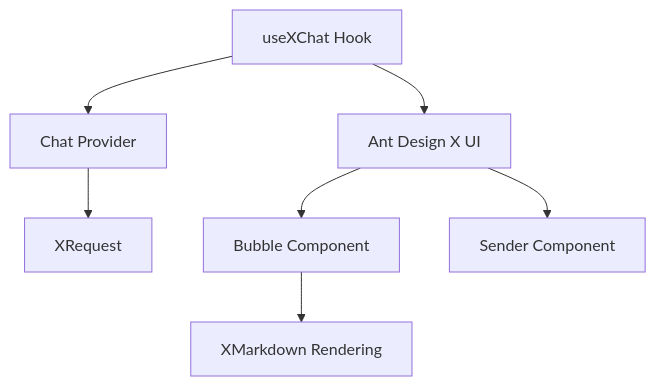
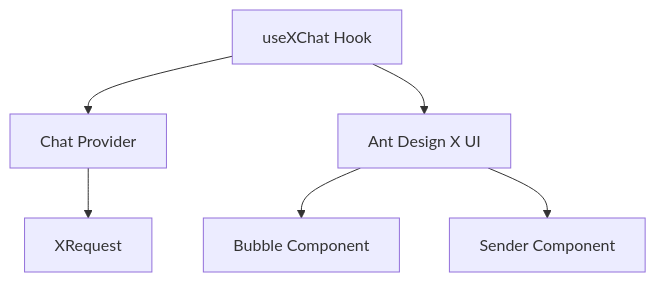
One commit to ant-design/x changed the diagram in packages/x-skill/skills/use-x-chat/SKILL.md. Above: the diagram before and after it, drawn with Mermaid. The commit also changed other lines of this file and 5 other files, not shown here.

````diff
--- a/packages/x-skill/skills/use-x-chat/SKILL.md
+++ b/packages/x-skill/skills/use-x-chat/SKILL.md
@@ -157,9 +157,8 @@
 ```mermaid
 graph TD
     A[useXChat Hook] --> B[Chat Provider]
     B --> C[XRequest]
     A --> D[Ant Design X UI]
     D --> E[Bubble Component]
     D --> F[Sender Component]
-    E --> G[XMarkdown Rendering]
 ```
````
